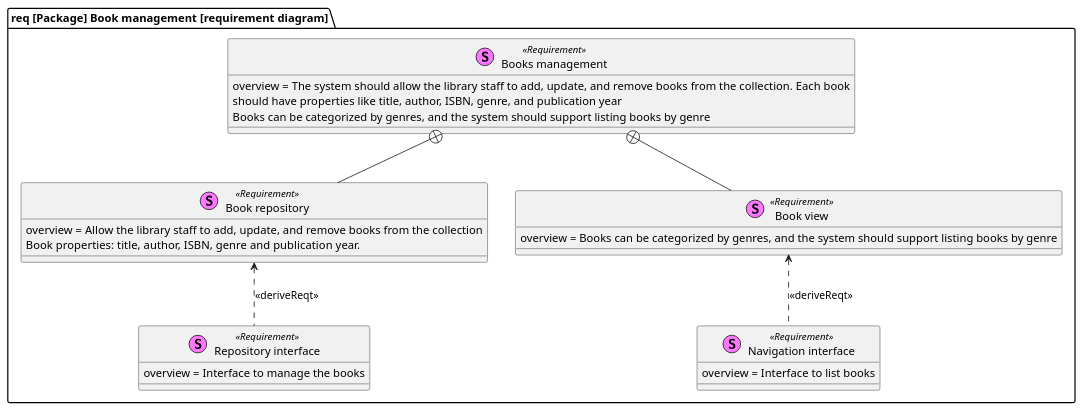
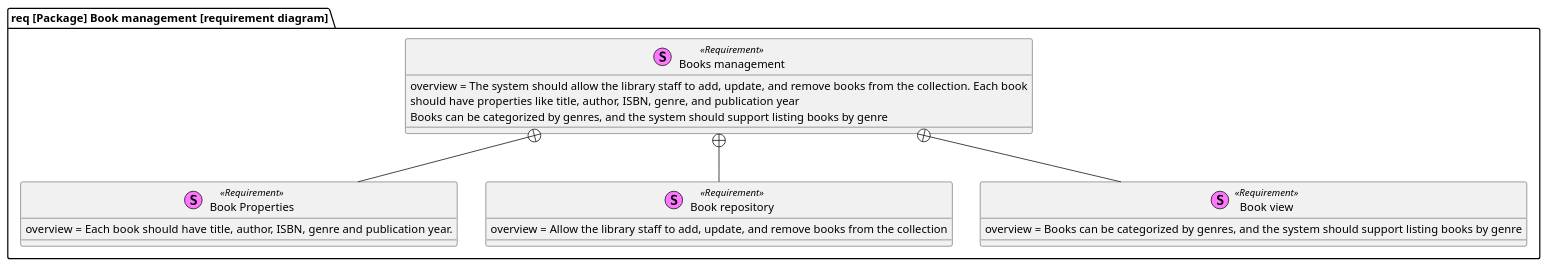
Before and after one commit to programacion-6/Opcion1FakeOrgasm: the diagram in system-desing/requirement-diagram/book-management.puml, drawn with PlantUML. The commit also changed 1 other file, not shown here.

Commit message:
chore: removed deriveReqt interface requirements
The interface requirement will become implicit to a requirement.
This could change after a meeting

```diff
--- a/system-desing/requirement-diagram/book-management.puml
+++ b/system-desing/requirement-diagram/book-management.puml
@@ -1,30 +1,25 @@
 @startuml
 package "req [Package] Book management [requirement diagram]" {
-    stereotype "Repository interface" as repository_interface <<Requirement>> {
-        overview = Interface to manage the books
+    stereotype "Book Properties" as properties <<Requirement>> {
+        overview = Each book should have title, author, ISBN, genre and publication year.
     }
 
-    stereotype "Book repository" as book_repository <<Requirement>> {
+    stereotype "Book repository" as repository <<Requirement>> {
         overview = Allow the library staff to add, update, and remove books from the collection
-        Book properties: title, author, ISBN, genre and publication year.
-    }
-    book_repository <.. repository_interface: <<deriveReqt>>
-
-    stereotype "Navigation interface" as navigation_interface <<Requirement>> {
-        overview = Interface to list books
     }
 
     stereotype "Book view" as list_view <<Requirement>> {
         overview = Books can be categorized by genres, and the system should support listing books by genre
     }
-    list_view <.. navigation_interface: <<deriveReqt>>
 
     stereotype "Books management" as book_management <<Requirement>> {
         overview = The system should allow the library staff to add, update, and remove books from the collection. Each book
         should have properties like title, author, ISBN, genre, and publication year
         Books can be categorized by genres, and the system should support listing books by genre
     }
+
     book_management +-- list_view
-    book_management +-- book_repository
+    book_management +-- repository
+    book_management +-- properties
 }
 @enduml
```
